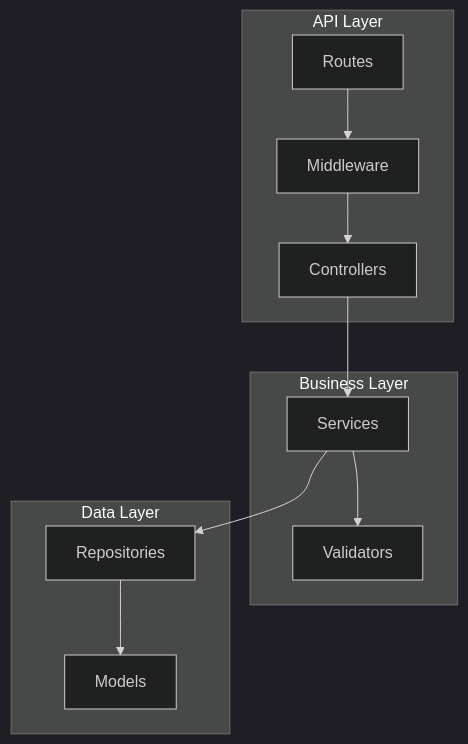
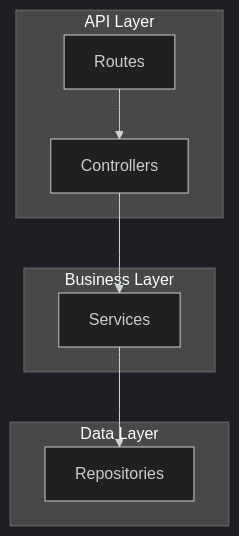
One commit to windagency/valora.ai changed the diagram in data/templates/BACKEND_DOC.md. Above: the diagram before and after it, drawn with Mermaid (dark theme). The commit also changed other lines of this file and 12 other files, not shown here.

````diff
--- a/data/templates/BACKEND_DOC.md
+++ b/data/templates/BACKEND_DOC.md
@@ -24,25 +45,19 @@
 ```mermaid
 flowchart TB
     subgraph API["API Layer"]
         routes[Routes]
-        middleware[Middleware]
         controllers[Controllers]
     end
 
     subgraph Business["Business Layer"]
         services[Services]
-        validators[Validators]
     end
 
     subgraph Data["Data Layer"]
         repositories[Repositories]
-        models[Models]
     end
 
-    routes --> middleware
-    middleware --> controllers
+    routes --> controllers
     controllers --> services
-    services --> validators
     services --> repositories
-    repositories --> models
 ```
````
